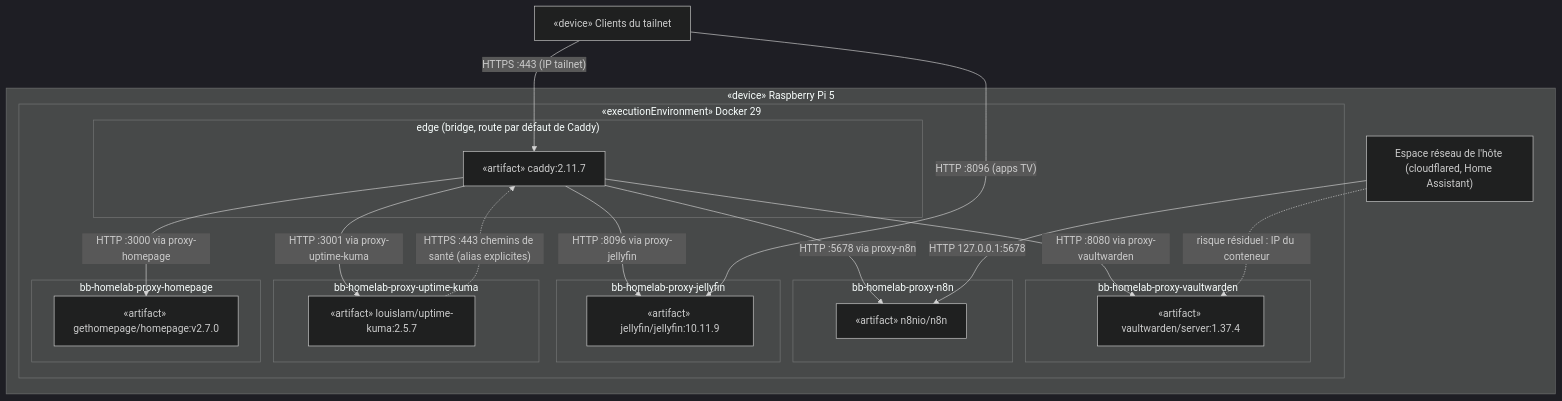
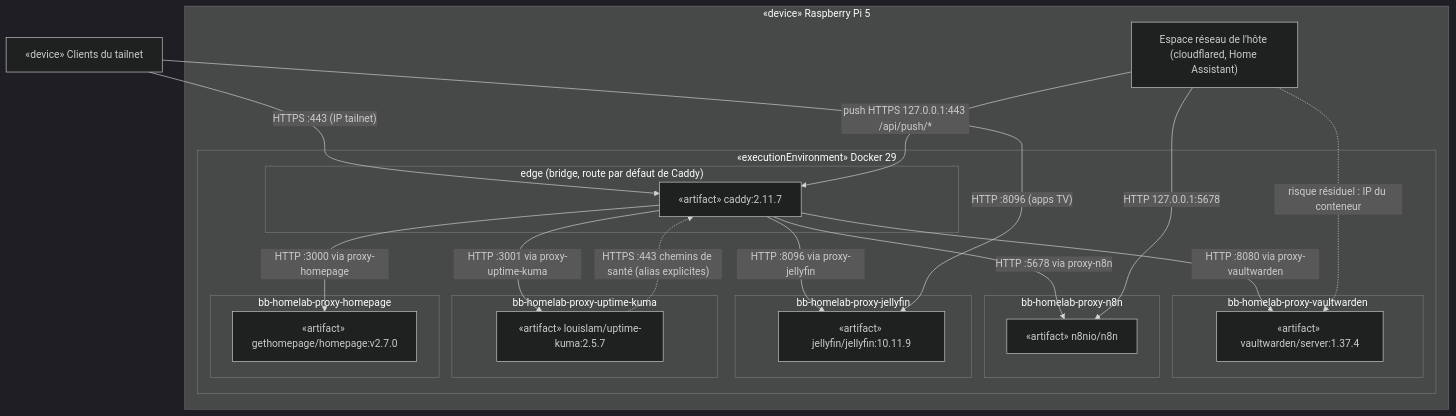
The diagram in docs/architecture/diagrams/network-isolation/08-deployment.md (benoit-bremaud/bb-homelab), drawn with Mermaid (dark theme) before and after one commit. The commit also changed other lines of this file and 7 other files, not shown here.

````diff
--- a/docs/architecture/diagrams/network-isolation/08-deployment.md
+++ b/docs/architecture/diagrams/network-isolation/08-deployment.md
@@ -27,39 +27,40 @@
 ```mermaid
 flowchart TB
   tailnet["«device» Clients du tailnet"]
 
   subgraph pi5 ["«device» Raspberry Pi 5"]
     subgraph docker ["«executionEnvironment» Docker 29"]
       subgraph edge ["edge (bridge, route par défaut de Caddy)"]
         caddy["«artifact» caddy:2.11.7"]
       end
       subgraph netvw ["bb-homelab-proxy-vaultwarden"]
         vw["«artifact» vaultwarden/server:1.37.4"]
       end
       subgraph netn8n ["bb-homelab-proxy-n8n"]
         n8n["«artifact» n8nio/n8n"]
       end
       subgraph netjf ["bb-homelab-proxy-jellyfin"]
         jf["«artifact» jellyfin/jellyfin:10.11.9"]
       end
       subgraph netkuma ["bb-homelab-proxy-uptime-kuma"]
         kuma["«artifact» louislam/uptime-kuma:2.5.7"]
       end
       subgraph nethp ["bb-homelab-proxy-homepage"]
         hp["«artifact» gethomepage/homepage:v2.7.0"]
       end
     end
     hostns["Espace réseau de l'hôte (cloudflared, Home Assistant)"]
   end
 
   tailnet -->|"HTTPS :443 (IP tailnet)"| caddy
   caddy -->|"HTTP :8080 via proxy-vaultwarden"| vw
   caddy -->|"HTTP :5678 via proxy-n8n"| n8n
   caddy -->|"HTTP :8096 via proxy-jellyfin"| jf
   caddy -->|"HTTP :3001 via proxy-uptime-kuma"| kuma
   caddy -->|"HTTP :3000 via proxy-homepage"| hp
   kuma -.->|"HTTPS :443 chemins de santé (alias explicites)"| caddy
   hostns -->|"HTTP 127.0.0.1:5678"| n8n
+  hostns -->|"push HTTPS 127.0.0.1:443 /api/push/*"| caddy
   tailnet -->|"HTTP :8096 (apps TV)"| jf
   hostns -.->|"risque résiduel : IP du conteneur"| vw
 ```
````
